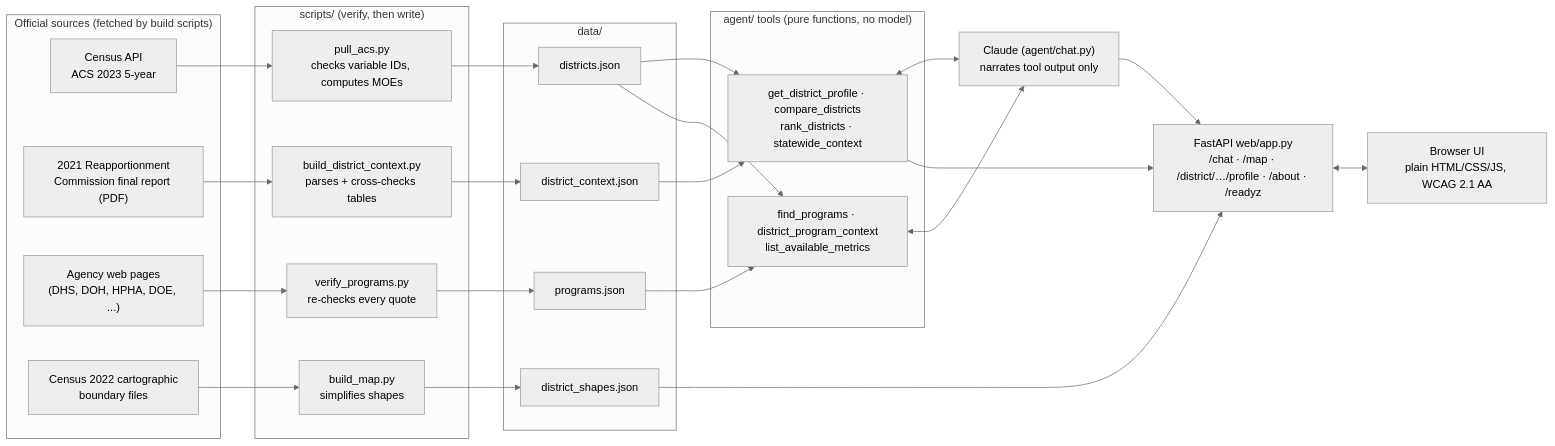
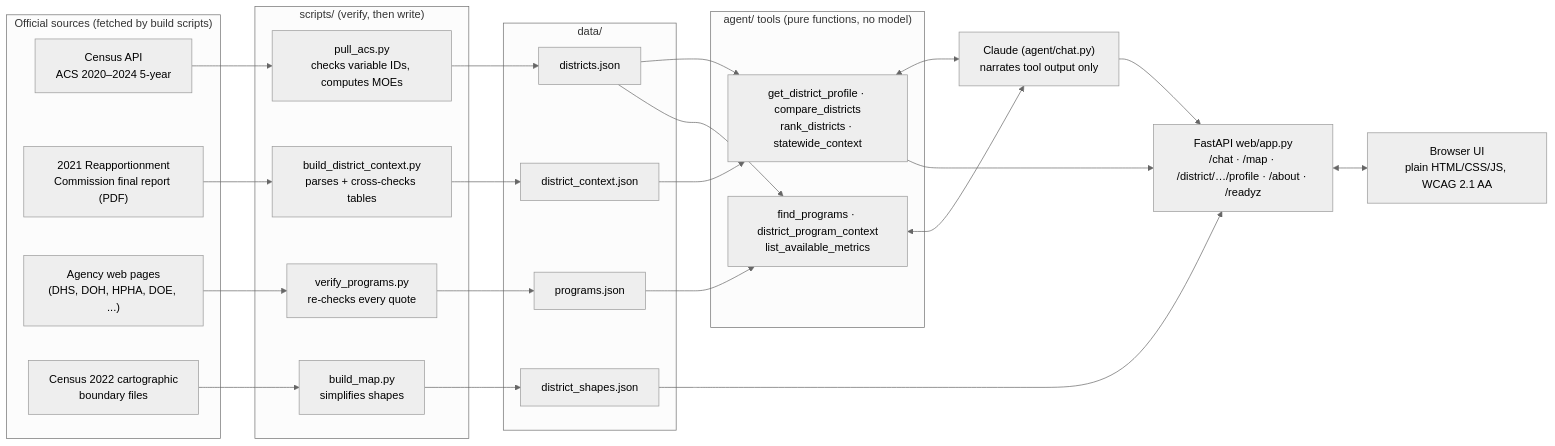
The diagram in README.md (HAIC-2026/omerta), drawn with Mermaid (neutral theme) before and after one commit. The commit also changed other lines of this file and 15 other files, not shown here.

First line of the commit message:
Upgrade to ACS 2020–2024 5-year release

````diff
--- a/README.md
+++ b/README.md
@@ -13,40 +13,40 @@
 ```mermaid
 flowchart LR
   subgraph Sources["Official sources (fetched by build scripts)"]
-    ACS["Census API<br/>ACS 2023 5-year"]
+    ACS["Census API<br/>ACS 2020–2024 5-year"]
     RC["2021 Reapportionment<br/>Commission final report (PDF)"]
     AG["Agency web pages<br/>(DHS, DOH, HPHA, DOE, ...)"]
     CB["Census 2022 cartographic<br/>boundary files"]
   end
   subgraph Build["scripts/ (verify, then write)"]
     P1["pull_acs.py<br/>checks variable IDs, computes MOEs"]
     P2["build_district_context.py<br/>parses + cross-checks tables"]
     P3["verify_programs.py<br/>re-checks every quote"]
     P4["build_map.py<br/>simplifies shapes"]
   end
   subgraph Data["data/"]
     D1[districts.json]
     D2[district_context.json]
     D3[programs.json]
     D4[district_shapes.json]
   end
   subgraph Tools["agent/ tools (pure functions, no model)"]
     T1["get_district_profile · compare_districts<br/>rank_districts · statewide_context"]
     T2["find_programs · district_program_context<br/>list_available_metrics"]
   end
   LLM["Claude (agent/chat.py)<br/>narrates tool output only"]
   WEB["FastAPI web/app.py<br/>/chat · /map · /district/…/profile · /about · /readyz"]
   UI["Browser UI<br/>plain HTML/CSS/JS, WCAG 2.1 AA"]
 
   ACS --> P1 --> D1
   RC --> P2 --> D2
   AG --> P3 --> D3
   CB --> P4 --> D4
   D1 & D2 --> T1
   D3 & D1 --> T2
   T1 & T2 <--> LLM
   LLM --> WEB
   T1 --> WEB
   D4 --> WEB
   WEB <--> UI
 ```
````
